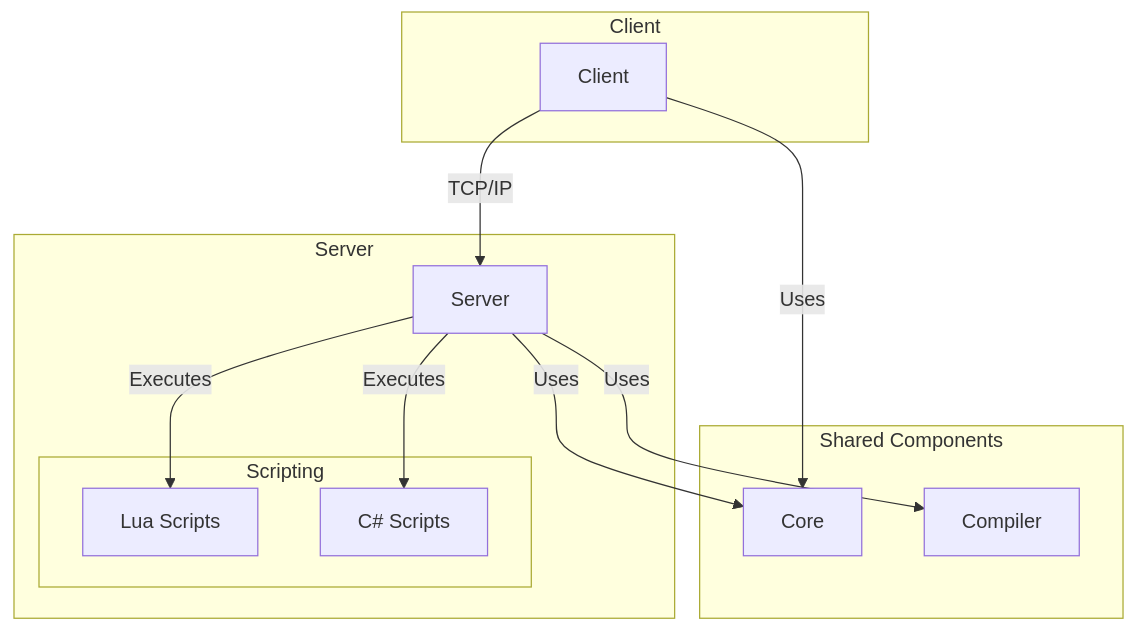
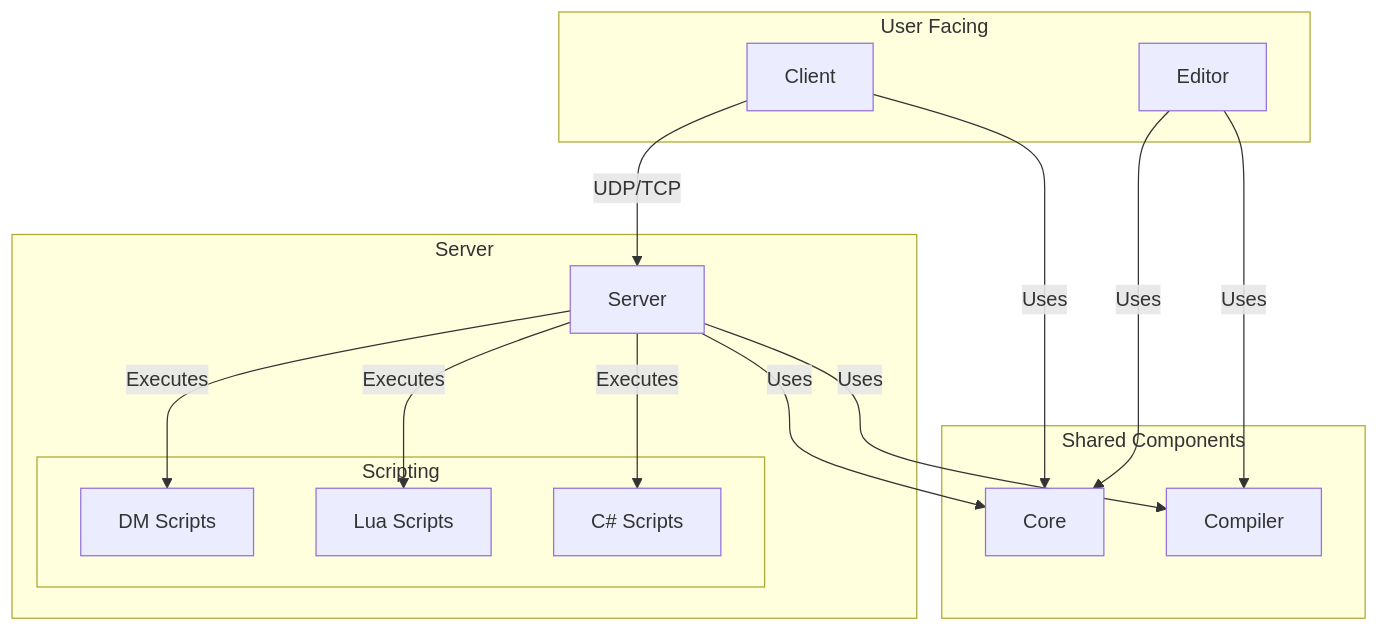
Before and after one commit to jojorwu/BYOND-2.0: the diagram in docs/en/architecture.md, drawn with Mermaid. The commit also changed other lines of this file and 1 other file, not shown here.

First line of the commit message:
feat(docs): update and correct architecture documentation

````diff
--- a/docs/en/architecture.md
+++ b/docs/en/architecture.md
@@ -19,26 +25,31 @@
 ```mermaid
 graph TD
-    subgraph Client
+    subgraph "User Facing"
         C[Client]
+        E[Editor]
     end
 
     subgraph Server
         S[Server]
         subgraph Scripting
+            DM[DM Scripts]
             LUA[Lua Scripts]
             CS[C# Scripts]
         end
     end
 
-    subgraph Shared Components
+    subgraph "Shared Components"
         Co[Core]
         CMP[Compiler]
     end
 
-    C -- "TCP/IP" --> S
+    C -- "UDP/TCP" --> S
     S -- "Uses" --> Co
     C -- "Uses" --> Co
+    E -- "Uses" --> Co
+    E -- "Uses" --> CMP
+    S -- "Uses" --> CMP
+    S -- "Executes" --> DM
     S -- "Executes" --> LUA
     S -- "Executes" --> CS
-    S -- "Uses" --> CMP
 ```
````
